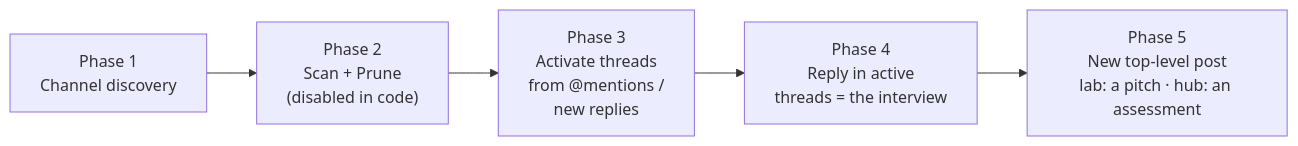
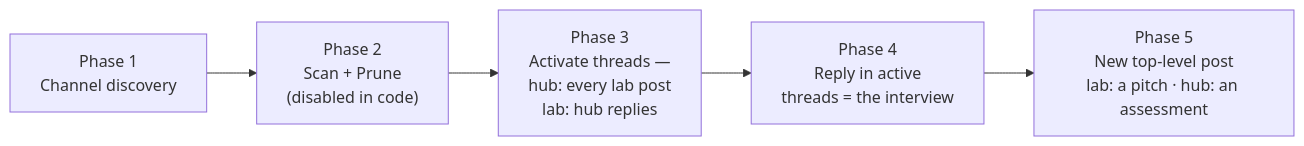
Before and after one commit to SuLab/coPI.science: the second of 3 diagrams in docs/specs/2026-08-07-hub-lab-flow.md, drawn with Mermaid. The commit also changed other lines of this file, not shown here.

Commit message:
docs(specs): flow-doc coherence — capitalization after edit 8, deployment lead-in, P3 activation node

````diff
--- a/docs/specs/2026-08-07-hub-lab-flow.md
+++ b/docs/specs/2026-08-07-hub-lab-flow.md
@@ -59,10 +59,10 @@
 ```mermaid
 flowchart LR
     P1["Phase 1<br/>Channel discovery"]
     P2["Phase 2<br/>Scan + Prune<br/>(disabled in code)"]
-    P3["Phase 3<br/>Activate threads<br/>from @mentions /<br/>new replies"]
+    P3["Phase 3<br/>Activate threads —<br/>hub: every lab post<br/>lab: hub replies"]
     P4["Phase 4<br/>Reply in active<br/>threads = the interview"]
     P5["Phase 5<br/>New top-level post<br/>lab: a pitch · hub: an assessment"]
 
     P1 --> P2 --> P3 --> P4 --> P5
 ```
````
